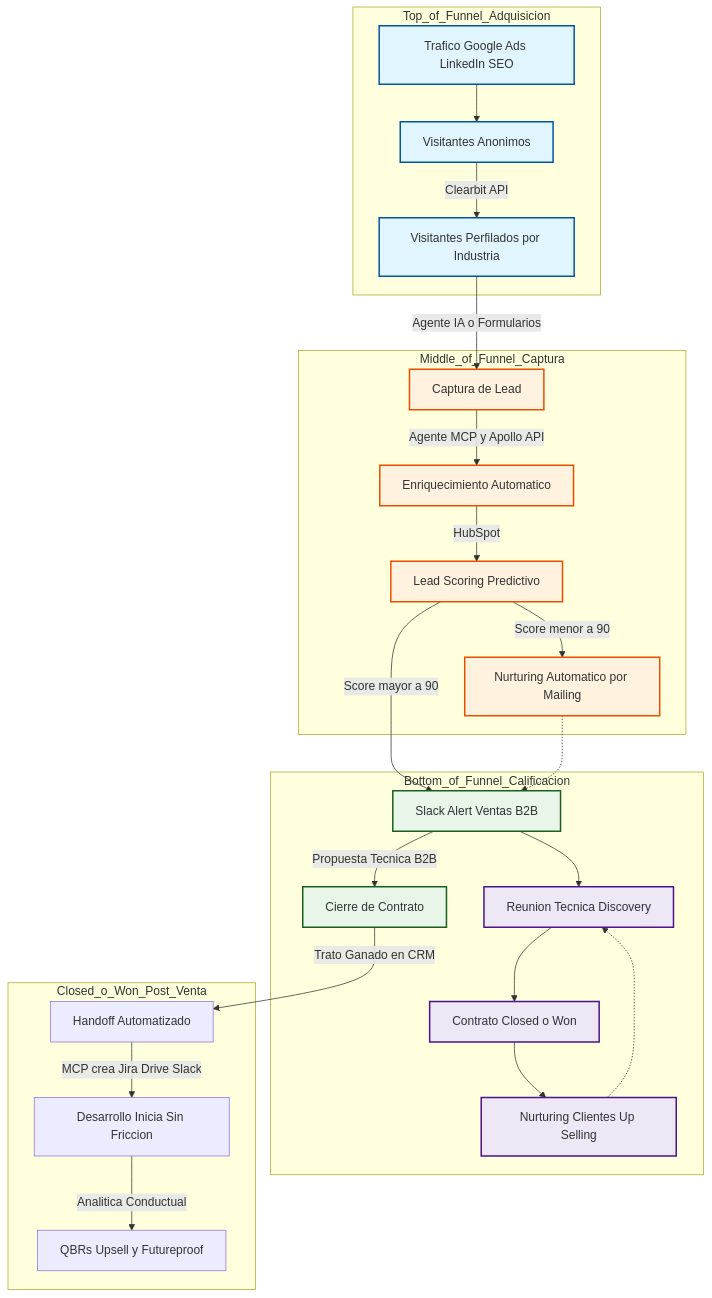
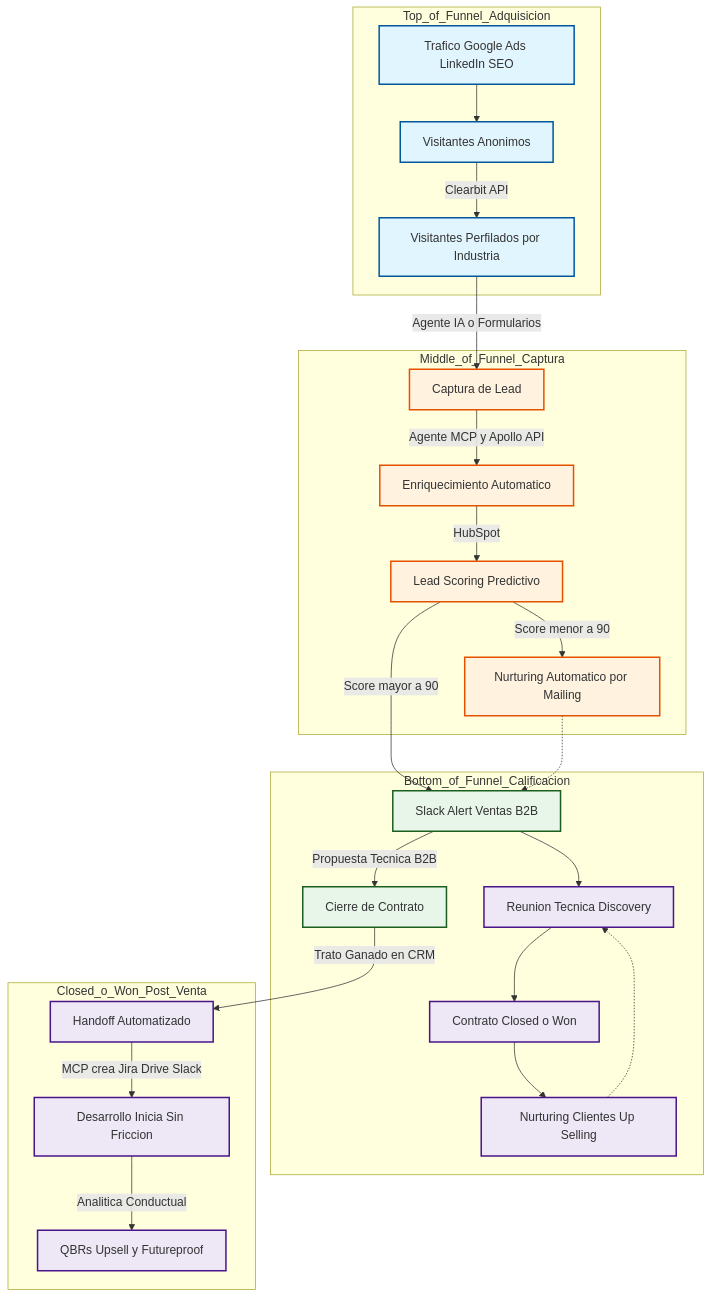
The first of 3 diagrams in 02_Estrategia_B2B/estrategia_captacion_b2b.md (jahflavio/bluepixel), drawn with Mermaid before and after one commit. The commit also changed 2 other files, not shown here.

Commit message:
fix(docs): fix mermaid syntax across strategy markdown and add VISOR_GRAFICO_ESTRATEGIA_2026.html

````diff
--- a/02_Estrategia_B2B/estrategia_captacion_b2b.md
+++ b/02_Estrategia_B2B/estrategia_captacion_b2b.md
@@ -112,42 +112,42 @@
 ```mermaid
 graph TD
     subgraph Top_of_Funnel_Adquisicion
         A[Trafico Google Ads LinkedIn SEO] --> B[Visitantes Anonimos]
         B -->|Clearbit API| C[Visitantes Perfilados por Industria]
     end
 
     subgraph Middle_of_Funnel_Captura
         C -->|Agente IA o Formularios| D[Captura de Lead]
         D -->|Agente MCP y Apollo API| E[Enriquecimiento Automatico]
         E -->|HubSpot| F[Lead Scoring Predictivo]
         F -->|Score menor a 90| Nurture[Nurturing Automatico por Mailing]
     end
 
     subgraph Bottom_of_Funnel_Calificacion
         F -->|Score mayor a 90| I[Slack Alert Ventas B2B]
         I --> J[Reunion Tecnica Discovery]
         J --> K[Contrato Closed o Won]
         
         Nurture -.-> I
         
         K --> L[Nurturing Clientes Up Selling]
         L -.-> J
         I -->|Propuesta Tecnica B2B| Neg[Cierre de Contrato]
     end
 
     subgraph Closed_o_Won_Post_Venta
         Neg -->|Trato Ganado en CRM| M[Handoff Automatizado]
         M -->|MCP crea Jira Drive Slack| N[Desarrollo Inicia Sin Friccion]
         N -->|Analitica Conductual| O[QBRs Upsell y Futureproof]
     end
 
     classDef tofu fill:#e1f5fe,stroke:#01579b,stroke-width:2px;
     classDef mofu fill:#fff3e0,stroke:#e65100,stroke-width:2px;
     classDef bofu fill:#e8f5e9,stroke:#1b5e20,stroke-width:2px;
     classDef close fill:#ede7f6,stroke:#4a148c,stroke-width:2px;
 
     class A,B,C tofu;
     class D,E,F,Nurture mofu;
-    class G,H,I,Neg bofu;
-    class J,K,L close;
+    class I,Neg bofu;
+    class J,K,L,M,N,O close;
 ```
````
